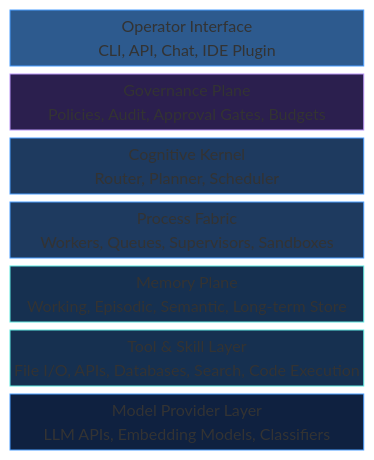
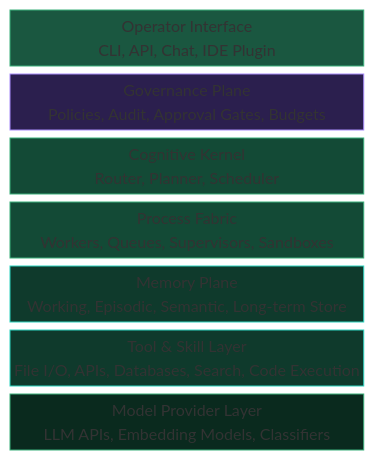
One commit to marcelaldecoa/TheAgenticOS changed the first of 4 diagrams in src/part-5-building-the-system/25-reference-architecture.md. Above: the diagram before and after it, drawn with Mermaid. The commit also changed other lines of this file and 28 other files, not shown here.

Commit message:
Review patterns, images and diagrams.

````diff
--- a/src/part-5-building-the-system/25-reference-architecture.md
+++ b/src/part-5-building-the-system/25-reference-architecture.md
@@ -11,21 +11,21 @@
 ```mermaid
 block-beta
   columns 1
   OI["Operator Interface\nCLI, API, Chat, IDE Plugin"]
   GP["Governance Plane\nPolicies, Audit, Approval Gates, Budgets"]
   columns 3
   CK["Cognitive Kernel\nRouter, Planner, Scheduler"]
   PF["Process Fabric\nWorkers, Queues, Supervisors, Sandboxes"]
   MeP["Memory Plane\nWorking, Episodic, Semantic, Long-term Store"]
   columns 1
   TS["Tool & Skill Layer\nFile I/O, APIs, Databases, Search, Code Execution"]
   MP["Model Provider Layer\nLLM APIs, Embedding Models, Classifiers"]
 
-  style OI fill:#2d5a8e,stroke:#4a9eff,color:#e8f0fe
-  style GP fill:#2b1f4e,stroke:#b794f6,color:#e8f0fe
-  style CK fill:#1e3a5f,stroke:#4a9eff,color:#e8f0fe
-  style PF fill:#1e3a5f,stroke:#4a9eff,color:#e8f0fe
-  style MeP fill:#163050,stroke:#5ee7df,color:#e8f0fe
-  style TS fill:#163050,stroke:#5ee7df,color:#e8f0fe
-  style MP fill:#0f2140,stroke:#4a9eff,color:#7a9ec2
+  style OI fill:#1a5740,stroke:#3aaf7a,color:#e0f5ec
+  style GP fill:#2b1f4e,stroke:#a78bfa,color:#e0f5ec
+  style CK fill:#134a36,stroke:#3aaf7a,color:#e0f5ec
+  style PF fill:#134a36,stroke:#3aaf7a,color:#e0f5ec
+  style MeP fill:#0f3a2c,stroke:#2dd4bf,color:#e0f5ec
+  style TS fill:#0f3a2c,stroke:#2dd4bf,color:#e0f5ec
+  style MP fill:#0a2a1e,stroke:#3aaf7a,color:#7abfa8
 ```
````
